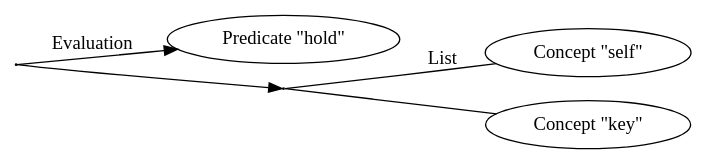
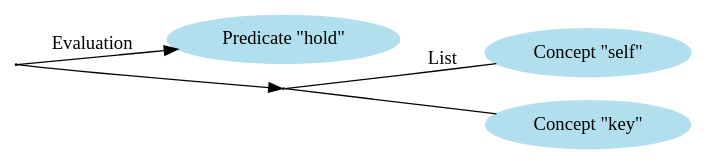
One commit to edyirdaw/rocca changed the diagram in examples/visualize_atoms/atoms.gv. Above: the diagram before and after it, drawn with Graphviz.

Commit message:
added color to dot nodes

```diff
--- a/examples/visualize_atoms/atoms.gv
+++ b/examples/visualize_atoms/atoms.gv
@@ -1,45 +1,45 @@
     digraph G{
     rankdir="LR"
     edge [dir=forward]
     node [shape=oval] // plaintext
     //node [shape=oval color=lightblue2 style=filled] // plaintext
 
     0 [label="" fixedsize=true width=0 height=0]
     0 -> 1 [label="Evaluation"]
     0 -> 4 [label=""]
-    1 [label="Predicate \"hold\""]
-    2 [label="Concept \"self\""]
-    3 [label="Concept \"key\""]
+    1 [label="Predicate \"hold\"" color=lightblue2, style=filled]
+    2 [label="Concept \"self\"" color=lightblue2, style=filled]
+    3 [label="Concept \"key\"" color=lightblue2, style=filled]
     4 [label="" fixedsize=true width=0 height=0 ]
     4 -> 3 [label="" dir=none]
     4 -> 2 [label="List" dir=none]
     }
 
     /*
     0 [label="Predicate \"hold\""]
     0 -> 1 [label="Evaluation" dir=none]
     1 [label="" fixedsize=true width=0 height=0]
     1 -> 5 [label=""]
     2 [label="Concept \"self\""]
     3 [label="Concept \"key\""]
     5 [label="" fixedsize=true width=0 height=0 ]
     5 -> 3 [label="List" dir=none]
     5 -> 2 [label="" dir=none]
     }
     */
 
     /*
     0 [label="Predicate \"hold\""]
     0 -> 5 [label="Evaluation"]
     // 1 [label="1"]
     2 [label="Concept \"self\""]
     // 2 -> 1 [label="advmod"]
     3 [label="Concept \"key\""]
     // 4 [label="4"]
     // 5 [label="5" width=0.00005 shape=circle ]
     5 [label="" fixedsize=true width=0.001 height=0.001 ]
     5 -> 3 [label="List" dir=none]
     5 -> 2 [label="" dir=none]
     // 5 -> 4 [label="nsubj"]
     }
     */
```
